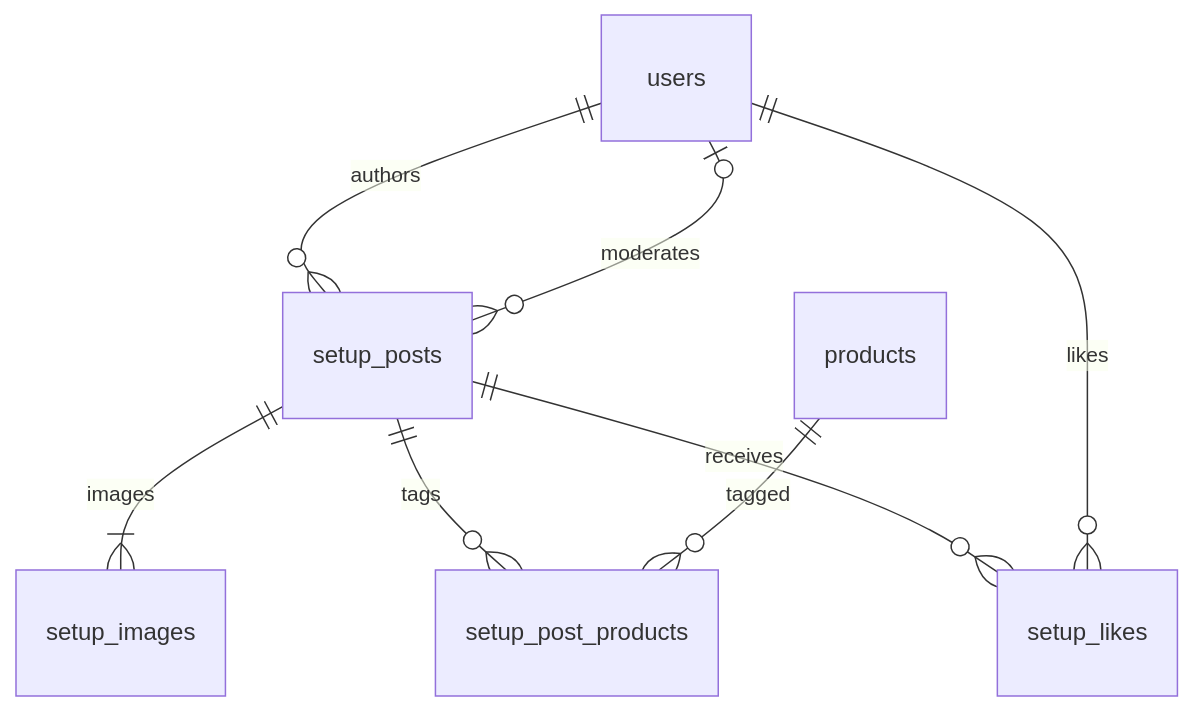
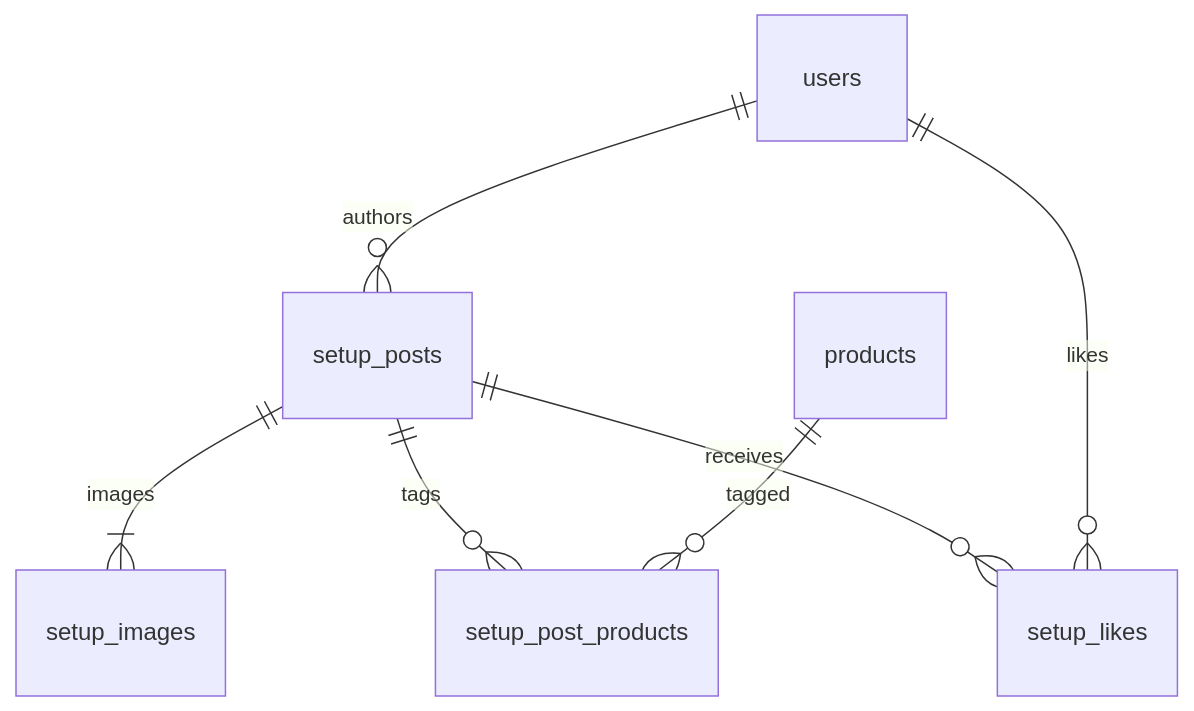
One commit to hoangchuong1711/PC_STORE changed the fourth of 5 diagrams in docs/data-model.md. Above: the diagram before and after it, drawn with Mermaid. The commit also changed other lines of this file and 92 other files, not shown here.

````diff
--- a/docs/data-model.md
+++ b/docs/data-model.md
@@ -101,10 +101,9 @@
 ```mermaid
 erDiagram
     users ||--o{ setup_posts : authors
-    users o|--o{ setup_posts : moderates
     setup_posts ||--|{ setup_images : images
     setup_posts ||--o{ setup_post_products : tags
     products ||--o{ setup_post_products : tagged
     setup_posts ||--o{ setup_likes : receives
     users ||--o{ setup_likes : likes
 ```
````
